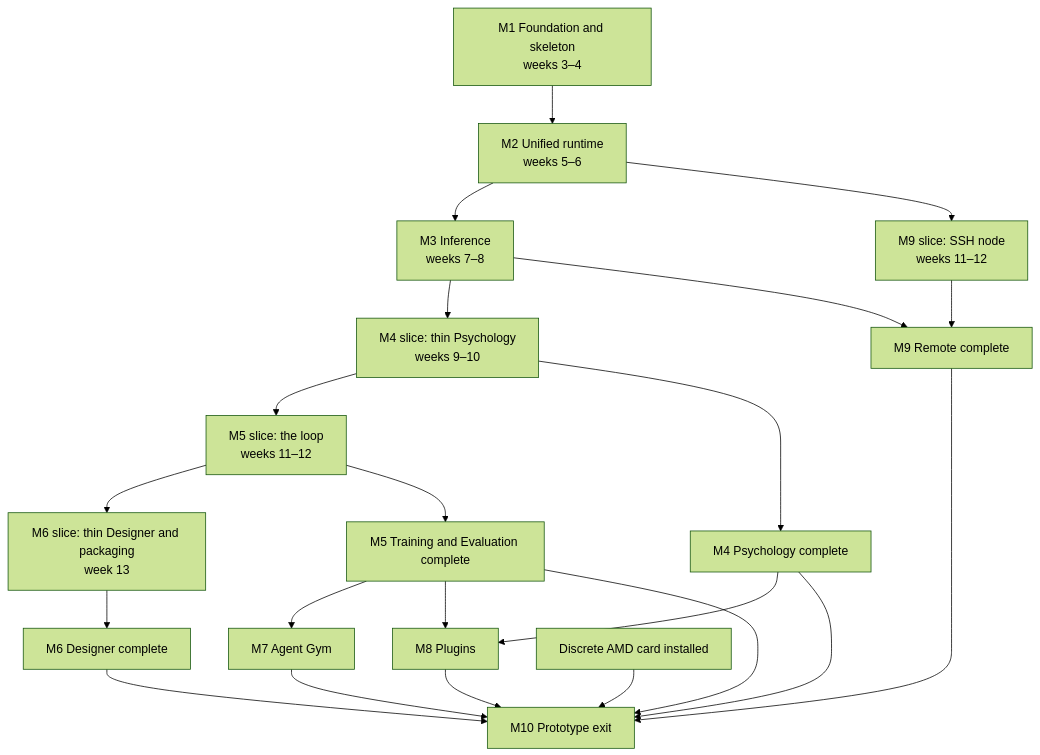
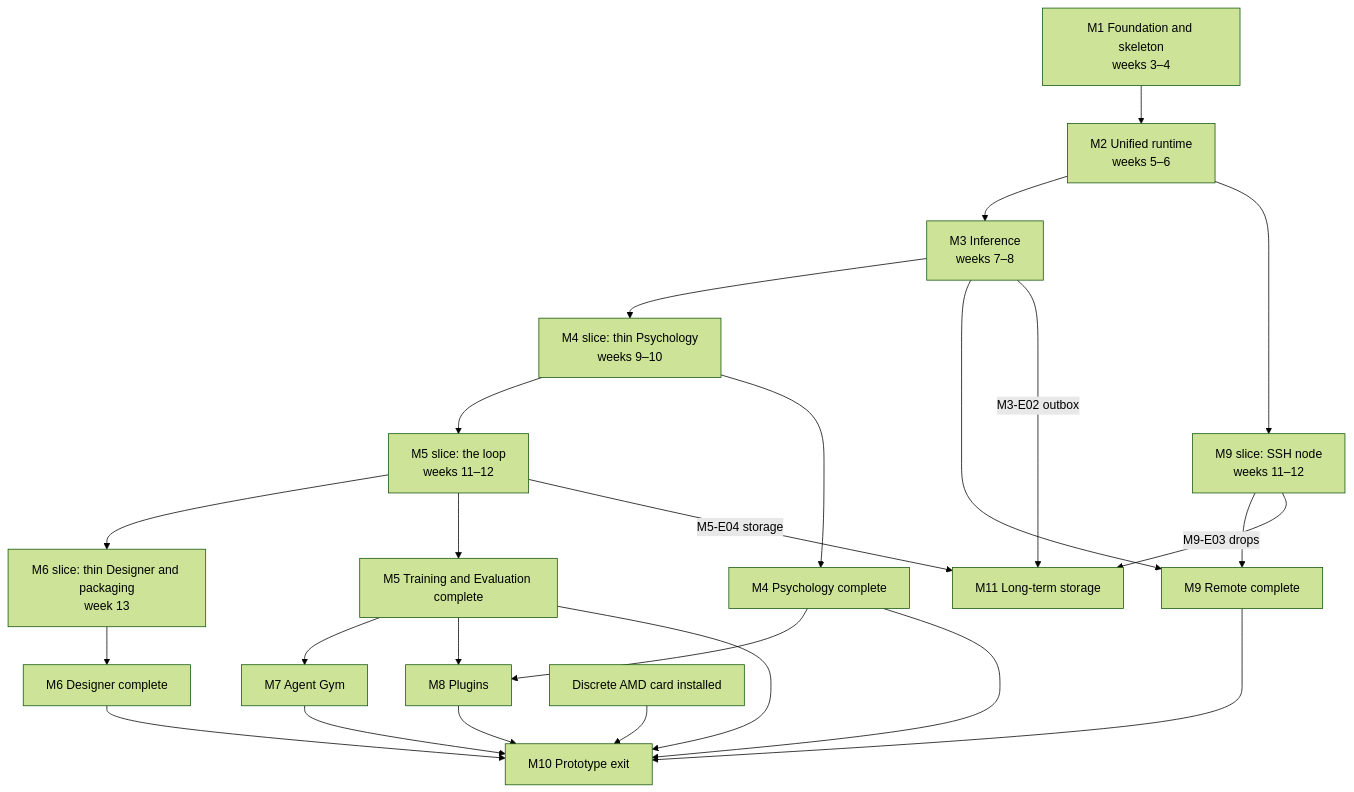
One commit to Snubiss/RASTAI-Research-Studio changed the first of 6 diagrams in docs/plan/implementation-plan.md. Above: the diagram before and after it, drawn with Mermaid (forest theme). The commit also changed other lines of this file and 44 other files, not shown here.

````diff
--- a/docs/plan/implementation-plan.md
+++ b/docs/plan/implementation-plan.md
@@ -83,39 +93,43 @@
 ```mermaid
 flowchart TD
   M1["M1 Foundation and skeleton<br/>weeks 3–4"]
   M2["M2 Unified runtime<br/>weeks 5–6"]
   M3["M3 Inference<br/>weeks 7–8"]
   M4S["M4 slice: thin Psychology<br/>weeks 9–10"]
   M5S["M5 slice: the loop<br/>weeks 11–12"]
   M9S["M9 slice: SSH node<br/>weeks 11–12"]
   M6S["M6 slice: thin Designer and packaging<br/>week 13"]
   M4["M4 Psychology complete"]
   M5["M5 Training and Evaluation complete"]
   M6["M6 Designer complete"]
   M7["M7 Agent Gym"]
   M8["M8 Plugins"]
   M9["M9 Remote complete"]
   AMD["Discrete AMD card installed"]
   M10["M10 Prototype exit"]
+  M11["M11 Long-term storage"]
   M1 --> M2
   M2 --> M3
   M3 --> M4S
   M4S --> M5S
   M2 --> M9S
   M5S --> M6S
   M4S --> M4
   M5S --> M5
   M6S --> M6
   M3 --> M9
   M9S --> M9
   M5 --> M7
   M4 --> M8
   M5 --> M8
   M4 --> M10
   M5 --> M10
   M6 --> M10
   M7 --> M10
   M8 --> M10
   M9 --> M10
   AMD --> M10
+  M3 -->|"M3-E02 outbox"| M11
+  M5S -->|"M5-E04 storage"| M11
+  M9S -->|"M9-E03 drops"| M11
 ```
````
